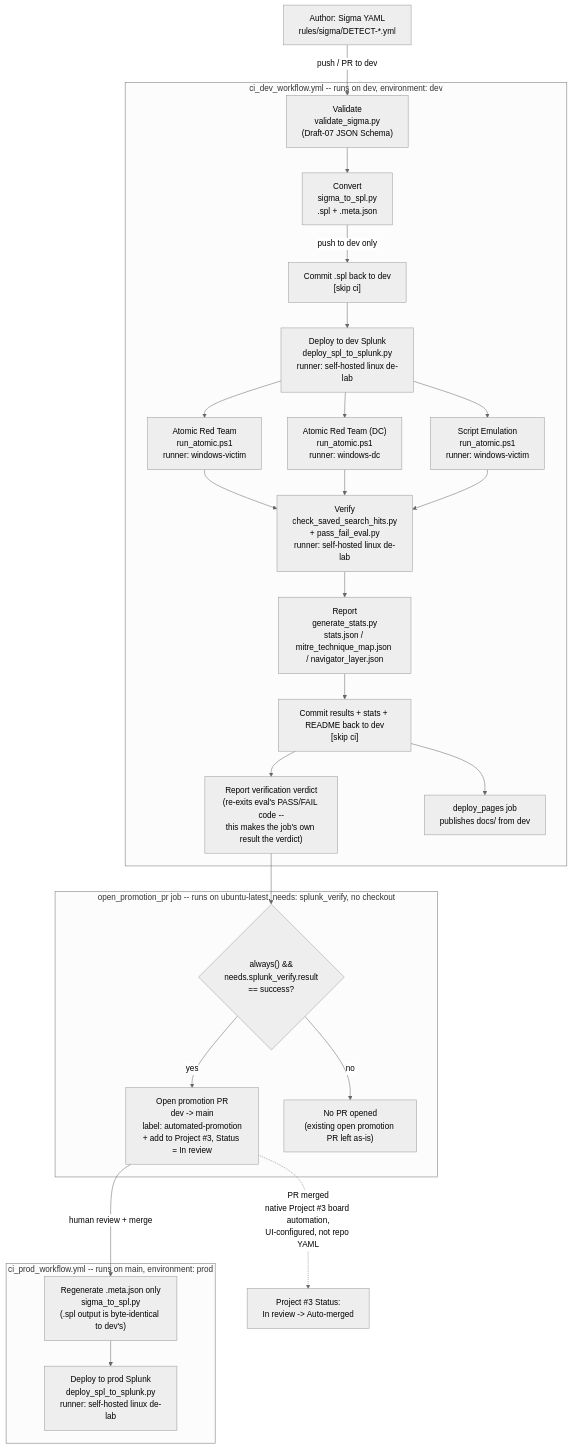
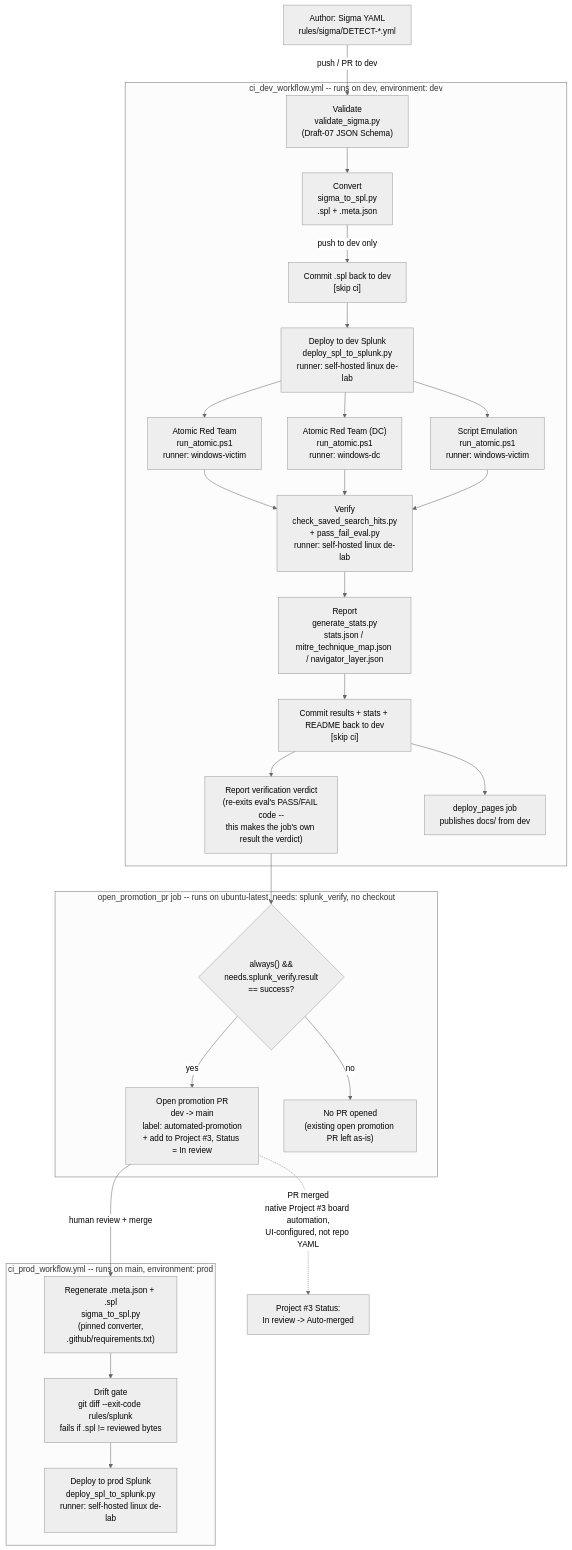
The first of 2 diagrams in docs/architecture/pipeline_overview.md (martonbence/Detection-Engineering), drawn with Mermaid (neutral theme) before and after one commit. The commit also changed other lines of this file and 4 other files, not shown here.

````diff
--- a/docs/architecture/pipeline_overview.md
+++ b/docs/architecture/pipeline_overview.md
@@ -9,36 +9,37 @@
 ```mermaid
 flowchart TD
     A["Author: Sigma YAML\nrules/sigma/DETECT-*.yml"] -->|push / PR to dev| B
 
     subgraph DEV["ci_dev_workflow.yml -- runs on dev, environment: dev"]
         B["Validate\nvalidate_sigma.py\n(Draft-07 JSON Schema)"] --> C["Convert\nsigma_to_spl.py\n.spl + .meta.json"]
         C -->|push to dev only| C2["Commit .spl back to dev\n[skip ci]"]
         C2 --> D["Deploy to dev Splunk\ndeploy_spl_to_splunk.py\nrunner: self-hosted linux de-lab"]
         D --> E1["Atomic Red Team\nrun_atomic.ps1\nrunner: windows-victim"]
         D --> E2["Atomic Red Team (DC)\nrun_atomic.ps1\nrunner: windows-dc"]
         D --> E3["Script Emulation\nrun_atomic.ps1\nrunner: windows-victim"]
         E1 --> F["Verify\ncheck_saved_search_hits.py\n+ pass_fail_eval.py\nrunner: self-hosted linux de-lab"]
         E2 --> F
         E3 --> F
         F --> G["Report\ngenerate_stats.py\nstats.json / mitre_technique_map.json / navigator_layer.json"]
         G --> H["Commit results + stats + README back to dev\n[skip ci]"]
         H --> H2["Report verification verdict\n(re-exits eval's PASS/FAIL code --\nthis makes the job's own result the verdict)"]
         H --> P1["deploy_pages job\npublishes docs/ from dev"]
     end
 
     H2 --> I
 
     subgraph OPENPR["open_promotion_pr job -- runs on ubuntu-latest, needs: splunk_verify, no checkout"]
         I{"always() &&\nneeds.splunk_verify.result\n== success?"}
         I -- yes --> J["Open promotion PR\ndev -> main\nlabel: automated-promotion\n+ add to Project #3, Status = In review"]
         I -- no --> K["No PR opened\n(existing open promotion PR left as-is)"]
     end
 
     J -->|human review + merge| M
 
     subgraph PROD["ci_prod_workflow.yml -- runs on main, environment: prod"]
-        M["Regenerate .meta.json only\nsigma_to_spl.py\n(.spl output is byte-identical to dev's)"] --> N["Deploy to prod Splunk\ndeploy_spl_to_splunk.py\nrunner: self-hosted linux de-lab"]
+        M["Regenerate .meta.json + .spl\nsigma_to_spl.py\n(pinned converter,\n.github/requirements.txt)"] --> M2["Drift gate\ngit diff --exit-code rules/splunk\nfails if .spl != reviewed bytes"]
+        M2 --> N["Deploy to prod Splunk\ndeploy_spl_to_splunk.py\nrunner: self-hosted linux de-lab"]
     end
 
     J -.->|PR merged\nnative Project #3 board automation,\nUI-configured, not repo YAML| Q["Project #3 Status:\nIn review -> Auto-merged"]
 ```
````
